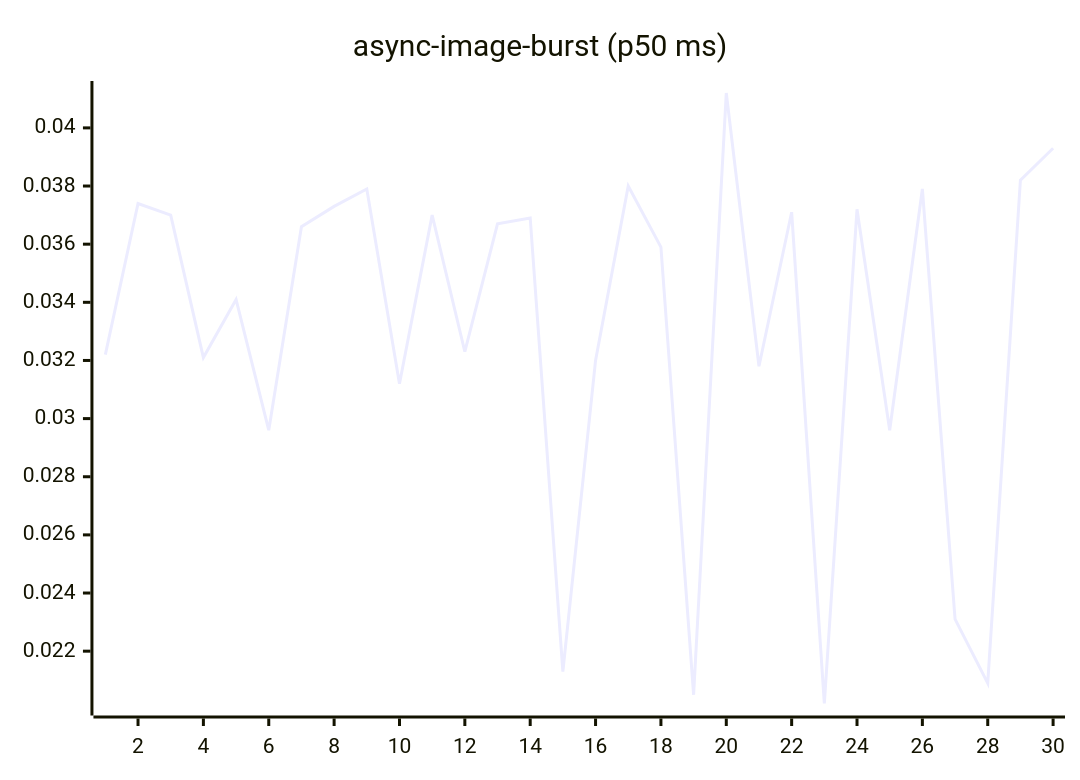
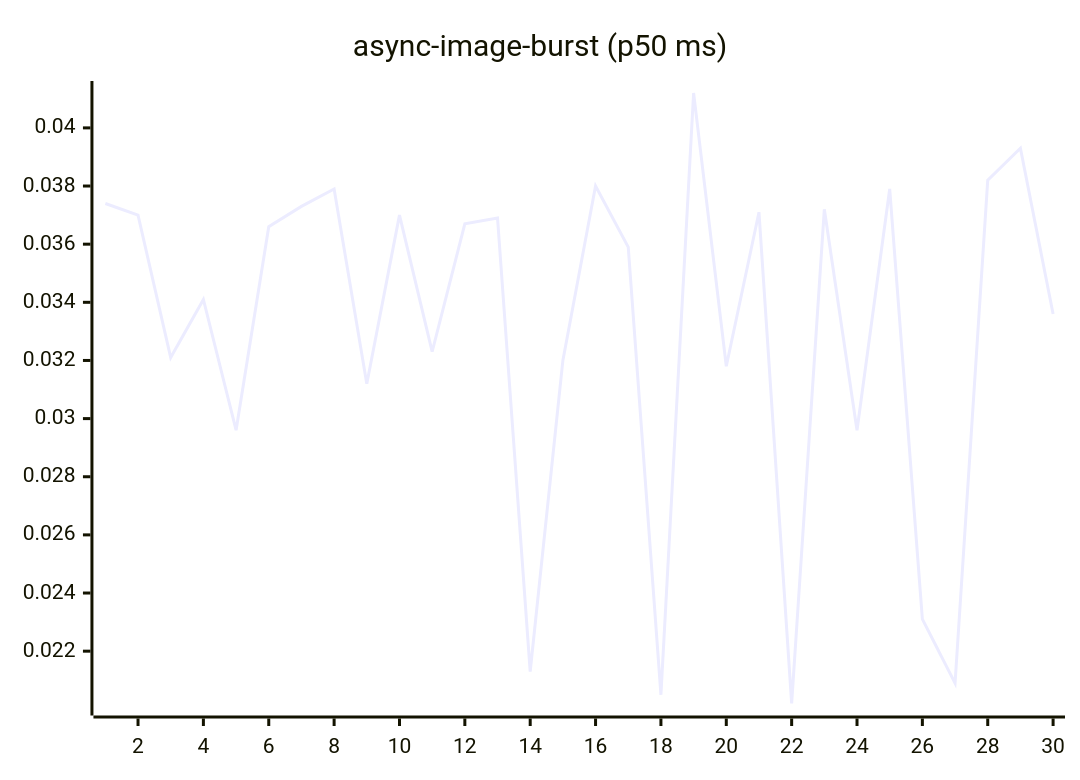
One commit to josha/Facet changed the fourth of 27 diagrams in README.md. Above: the diagram before and after it, drawn with Mermaid. The commit also changed other lines of this file and 2 other files, not shown here.

````diff
--- a/README.md
+++ b/README.md
@@ -84,6 +84,6 @@
 ```mermaid
 xychart-beta
     title "async-image-burst (p50 ms)"
     x-axis 1 --> 30
-    line [0.0322, 0.0374, 0.0370, 0.0321, 0.0341, 0.0296, 0.0366, 0.0373, 0.0379, 0.0312, 0.0370, 0.0323, 0.0367, 0.0369, 0.0213, 0.0320, 0.0380, 0.0359, 0.0205, 0.0412, 0.0318, 0.0371, 0.0202, 0.0372, 0.0296, 0.0379, 0.0231, 0.0209, 0.0382, 0.0393]
+    line [0.0374, 0.0370, 0.0321, 0.0341, 0.0296, 0.0366, 0.0373, 0.0379, 0.0312, 0.0370, 0.0323, 0.0367, 0.0369, 0.0213, 0.0320, 0.0380, 0.0359, 0.0205, 0.0412, 0.0318, 0.0371, 0.0202, 0.0372, 0.0296, 0.0379, 0.0231, 0.0209, 0.0382, 0.0393, 0.0336]
 ```
````
